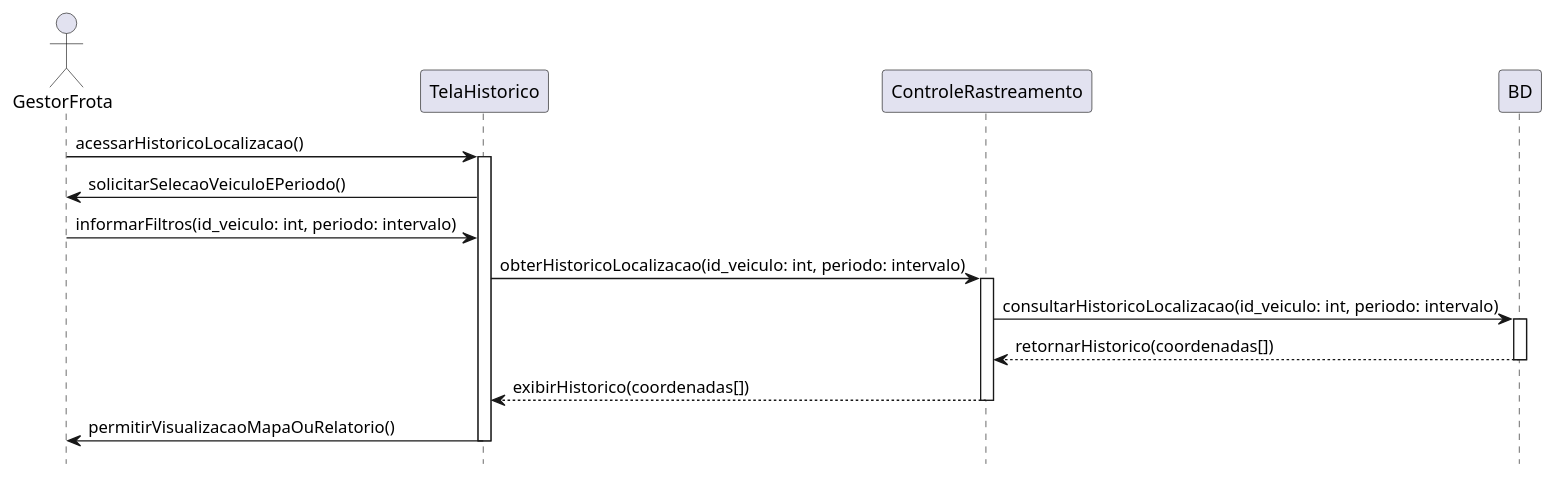
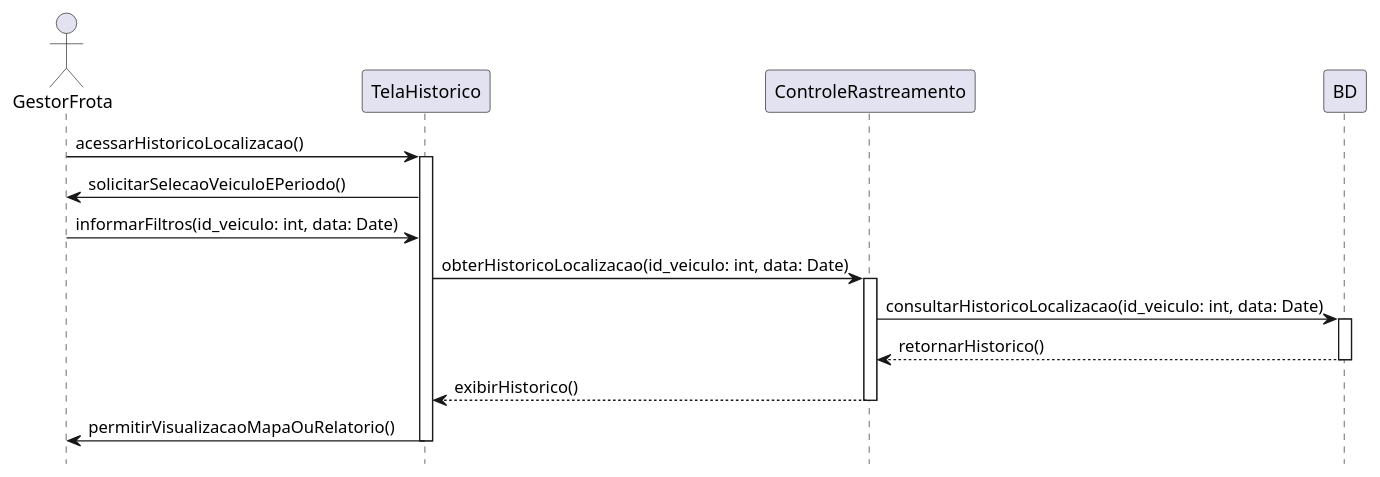
Before and after one commit to Pollyanadias/Sistema-de-Gerenciamento-de-Frotas: the diagram in Gerenciamento de Frotas/Diagramas de Sequencias/Visualizar Historico de Localização.iuml, drawn with PlantUML.

Commit message:
Update Visualizar Historico de Localização.iuml

```diff
--- a/Gerenciamento de Frotas/Diagramas de Sequencias/Visualizar Historico de Localização.iuml
+++ b/Gerenciamento de Frotas/Diagramas de Sequencias/Visualizar Historico de Localização.iuml
@@ -1,31 +1,31 @@
 @startuml "Visualizar Histórico de Localização"
 hide footbox
 
 actor GestorFrota as gestor_ator
 participant TelaHistorico as tela_historico
 participant ControleRastreamento as controle_rastreamento
 participant BD as bd
 
 gestor_ator -> tela_historico: acessarHistoricoLocalizacao()
 activate tela_historico
 
 tela_historico -> gestor_ator: solicitarSelecaoVeiculoEPeriodo()
-gestor_ator -> tela_historico: informarFiltros(id_veiculo: int, periodo: intervalo)
+gestor_ator -> tela_historico: informarFiltros(id_veiculo: int, data: Date)
 
-tela_historico -> controle_rastreamento: obterHistoricoLocalizacao(id_veiculo: int, periodo: intervalo)
+tela_historico -> controle_rastreamento: obterHistoricoLocalizacao(id_veiculo: int, data: Date)
 activate controle_rastreamento
 
-controle_rastreamento -> bd: consultarHistoricoLocalizacao(id_veiculo: int, periodo: intervalo)
+controle_rastreamento -> bd: consultarHistoricoLocalizacao(id_veiculo: int, data: Date)
 activate bd
 
-bd --> controle_rastreamento: retornarHistorico(coordenadas[])
+bd --> controle_rastreamento: retornarHistorico()
 deactivate bd
 
-controle_rastreamento --> tela_historico: exibirHistorico(coordenadas[])
+controle_rastreamento --> tela_historico: exibirHistorico()
 deactivate controle_rastreamento
 
 
 tela_historico -> gestor_ator: permitirVisualizacaoMapaOuRelatorio()
 
 deactivate tela_historico
 @enduml
```
